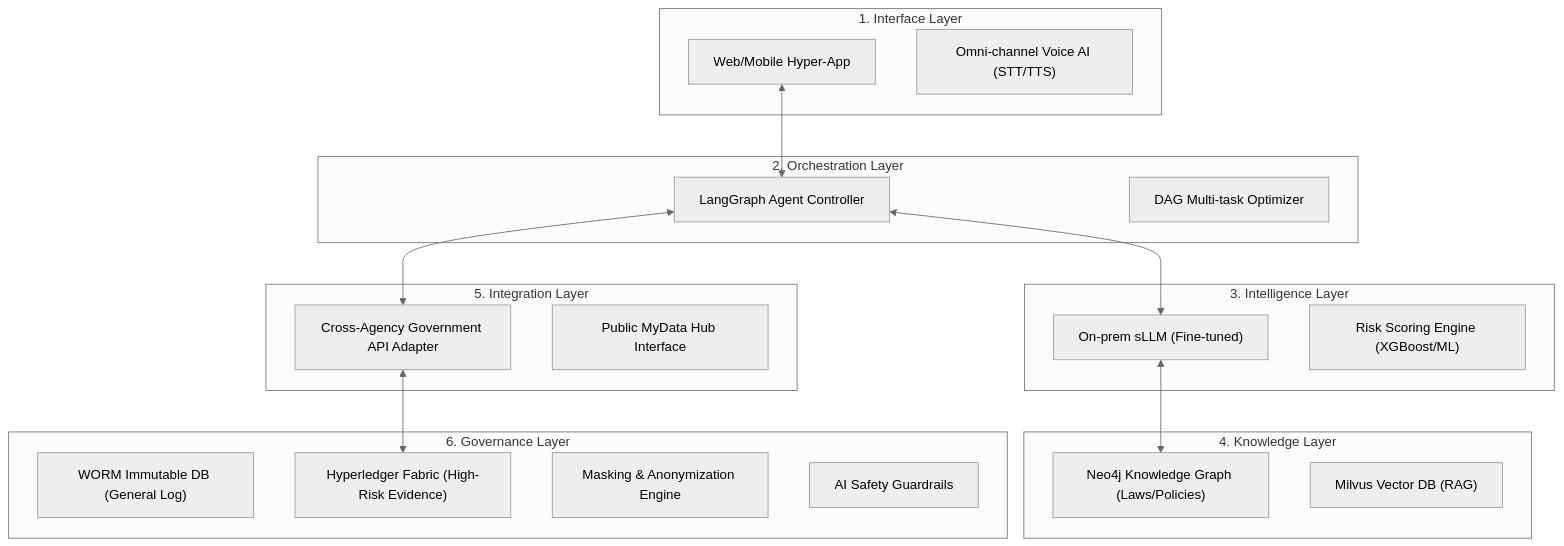
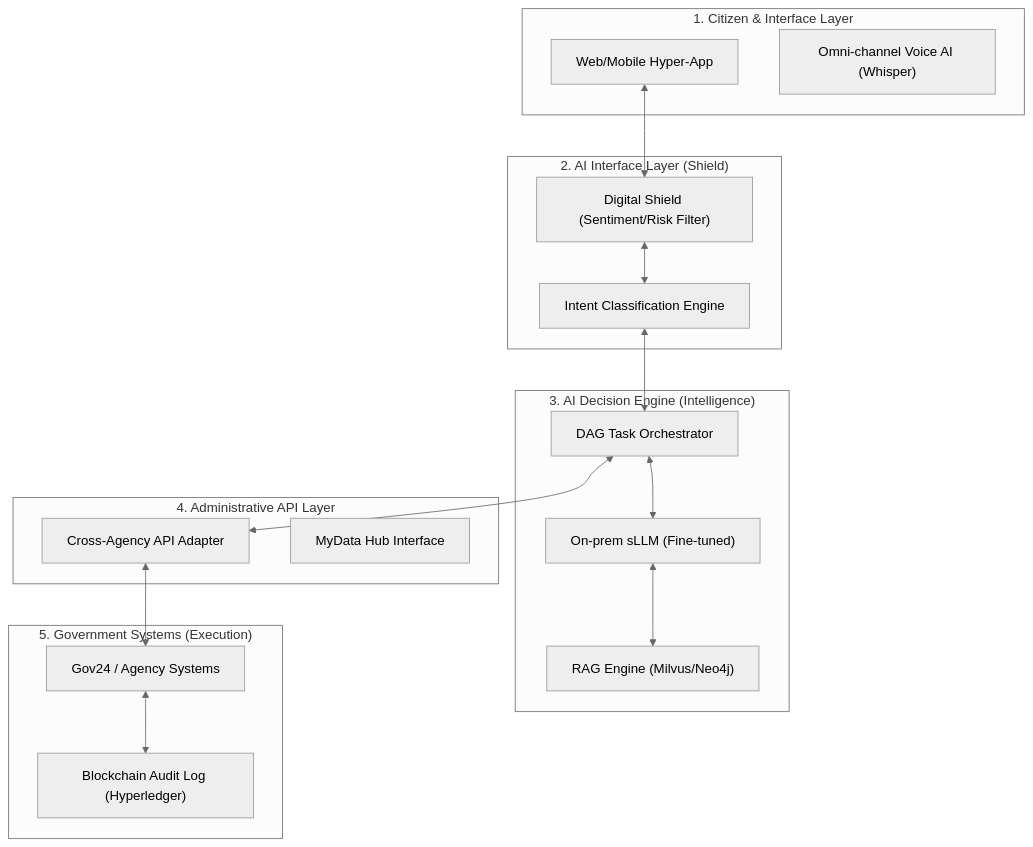
One commit to SxxMWolf/minwonAI changed the second of 2 diagrams in final_comprehensive_proposal.md. Above: the diagram before and after it, drawn with Mermaid (neutral theme). The commit also changed other lines of this file, not shown here.

````diff
--- a/final_comprehensive_proposal.md
+++ b/final_comprehensive_proposal.md
@@ -231,35 +170,33 @@
 ```mermaid
 graph TD
-    subgraph "1. Interface Layer"
+    subgraph "1. Citizen & Interface Layer"
         UI["Web/Mobile Hyper-App"]
-        Voice["Omni-channel Voice AI (STT/TTS)"]
+        Voice["Omni-channel Voice AI (Whisper)"]
     end
-    subgraph "2. Orchestration Layer"
-        Agent["LangGraph Agent Controller"]
-        Scenario["DAG Multi-task Optimizer"]
+    subgraph "2. AI Interface Layer (Shield)"
+        Shield["Digital Shield (Sentiment/Risk Filter)"]
+        NLU["Intent Classification Engine"]
     end
-    subgraph "3. Intelligence Layer"
+    subgraph "3. AI Decision Engine (Intelligence)"
         LLM["On-prem sLLM (Fine-tuned)"]
-        Risk["Risk Scoring Engine (XGBoost/ML)"]
+        RAG["RAG Engine (Milvus/Neo4j)"]
+        DAG["DAG Task Orchestrator"]
     end
-    subgraph "4. Knowledge Layer"
-        KG["Neo4j Knowledge Graph (Laws/Policies)"]
-        Vector["Milvus Vector DB (RAG)"]
+    subgraph "4. Administrative API Layer"
+        Adapter["Cross-Agency API Adapter"]
+        MyData["MyData Hub Interface"]
     end
-    subgraph "5. Integration Layer"
-        Adapter["Cross-Agency Government API Adapter"]
-        MyData["Public MyData Hub Interface"]
-    end
-    subgraph "6. Governance Layer"
-        WORM["WORM Immutable DB (General Log)"]
-        Blockchain["Hyperledger Fabric (High-Risk Evidence)"]
-        Privacy["Masking & Anonymization Engine"]
-        Safety["AI Safety Guardrails"]
+    subgraph "5. Government Systems (Execution)"
+        Gov24["Gov24 / Agency Systems"]
+        Audit["Blockchain Audit Log (Hyperledger)"]
     end
     
-    UI <--> Agent
-    Agent <--> LLM
-    LLM <--> KG
-    Agent <--> Adapter
-    Adapter <--> Blockchain
+    UI <--> Shield
+    Shield <--> NLU
+    NLU <--> DAG
+    DAG <--> LLM
+    LLM <--> RAG
+    DAG <--> Adapter
+    Adapter <--> Gov24
+    Gov24 <--> Audit
 ```
````
